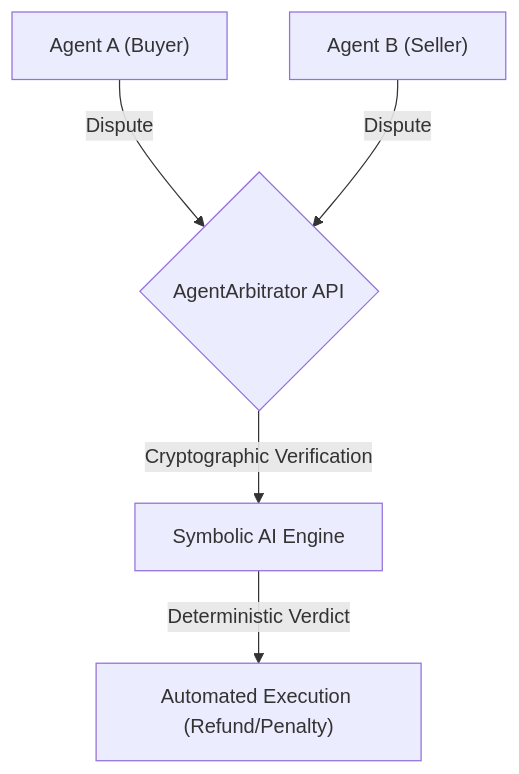
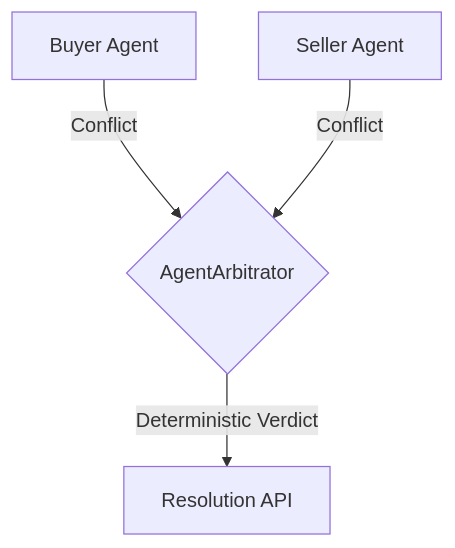
Before and after one commit to flouzzy/top-100-ai-startup-ideas: the first of 2 diagrams in ideas/agent-arbitrator-protocol/README.md, drawn with Mermaid. The commit also changed other lines of this file and 41 other files, not shown here.

````diff
--- a/ideas/agent-arbitrator-protocol/README.md
+++ b/ideas/agent-arbitrator-protocol/README.md
@@ -17,7 +17,7 @@
 ```mermaid
 graph TD
-    A["Agent A (Buyer)"] -->|Dispute| C{"AgentArbitrator API"}
-    B["Agent B (Seller)"] -->|Dispute| C
-    C -->|Cryptographic Verification| D["Symbolic AI Engine"]
-    D -->|Deterministic Verdict| E["Automated Execution (Refund/Penalty)"]
+    %% Problem vs Solution Architecture
+    A["Buyer Agent"] -->|Conflict| C{"AgentArbitrator"}
+    B["Seller Agent"] -->|Conflict| C
+    C -->|Deterministic Verdict| D["Resolution API"]
 ```
````
